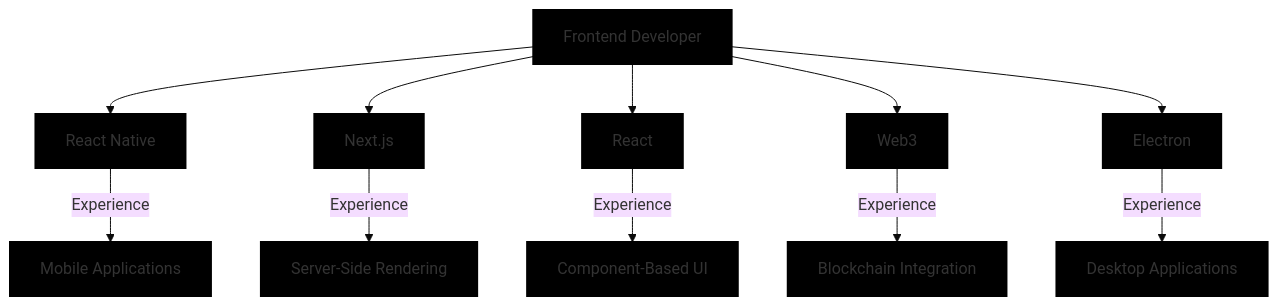
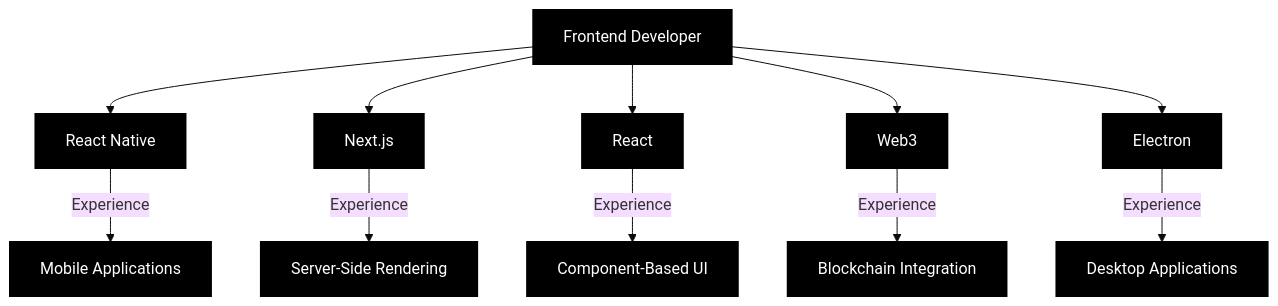
Before and after one commit to Louis-jk/Louis-jk: the diagram in README.md, drawn with Mermaid (base theme).

````diff
--- a/README.md
+++ b/README.md
@@ -2,26 +2,26 @@
 ```mermaid
 graph TD
     A[Frontend Developer] --> B[React Native]
     A --> C[Next.js]
     A --> D[React]
     A --> E[Web3]
     A --> F[Electron]
 
     B -->|Experience| G[Mobile Applications]
     C -->|Experience| H[Server-Side Rendering]
     D -->|Experience| I[Component-Based UI]
     E -->|Experience| K[Blockchain Integration]
     F -->|Experience| J[Desktop Applications]
 
-    style A fill:#000,stroke:#000,stroke-width:2px
-    style B fill:#000,stroke:#000,stroke-width:2px
-    style C fill:#000,stroke:#000,stroke-width:2px
-    style D fill:#000,stroke:#000,stroke-width:2px
-    style E fill:#000,stroke:#000,stroke-width:2px
-    style F fill:#000,stroke:#000,stroke-width:2px
-    style G fill:#000,stroke:#000,stroke-width:2px
-    style H fill:#000,stroke:#000,stroke-width:2px
-    style I fill:#000,stroke:#000,stroke-width:2px
-    style J fill:#000,stroke:#000,stroke-width:2px
-    style K fill:#000,stroke:#000,stroke-width:2px
+    style A fill:#000,stroke:#000,color:#fff,stroke-width:2px
+    style B fill:#000,stroke:#000,color:#fff,stroke-width:2px
+    style C fill:#000,stroke:#000,color:#fff,stroke-width:2px
+    style D fill:#000,stroke:#000,color:#fff,stroke-width:2px
+    style E fill:#000,stroke:#000,color:#fff,stroke-width:2px
+    style F fill:#000,stroke:#000,color:#fff,stroke-width:2px
+    style G fill:#000,stroke:#000,color:#fff,stroke-width:2px
+    style H fill:#000,stroke:#000,color:#fff,stroke-width:2px
+    style I fill:#000,stroke:#000,color:#fff,stroke-width:2px
+    style J fill:#000,stroke:#000,color:#fff,stroke-width:2px
+    style K fill:#000,stroke:#000,color:#fff,stroke-width:2px
 ```
````
